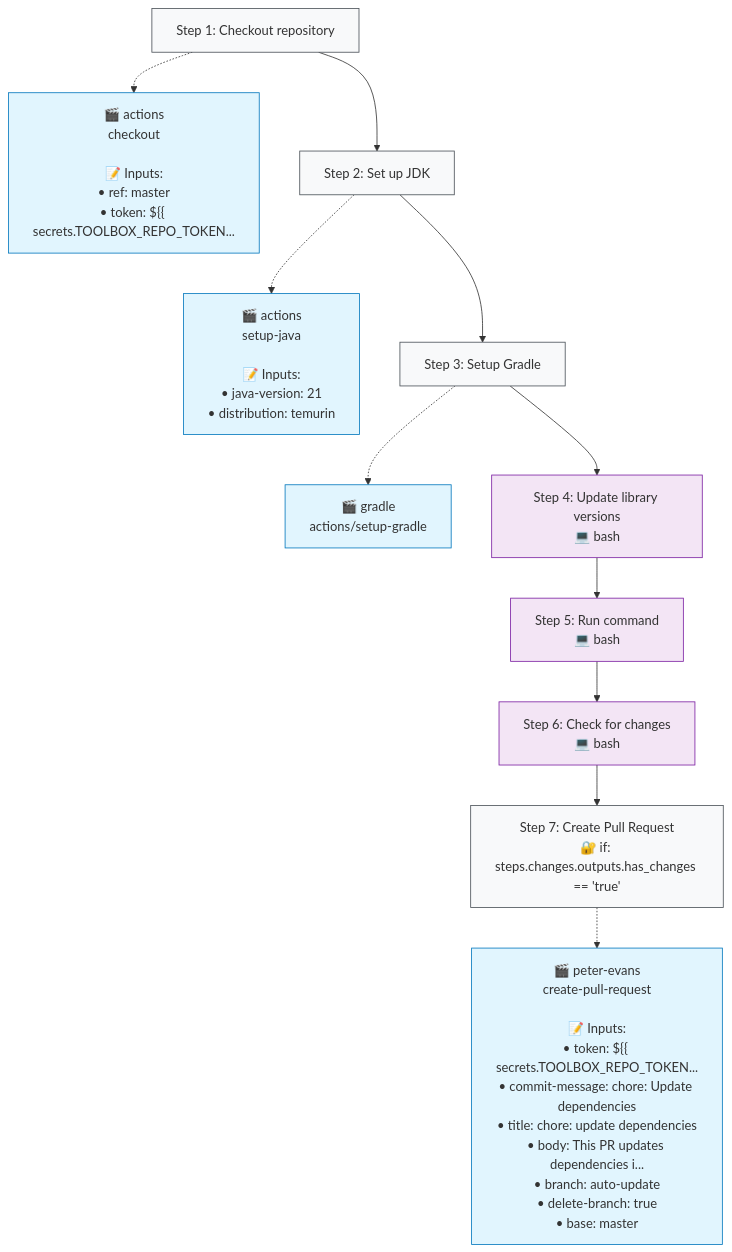
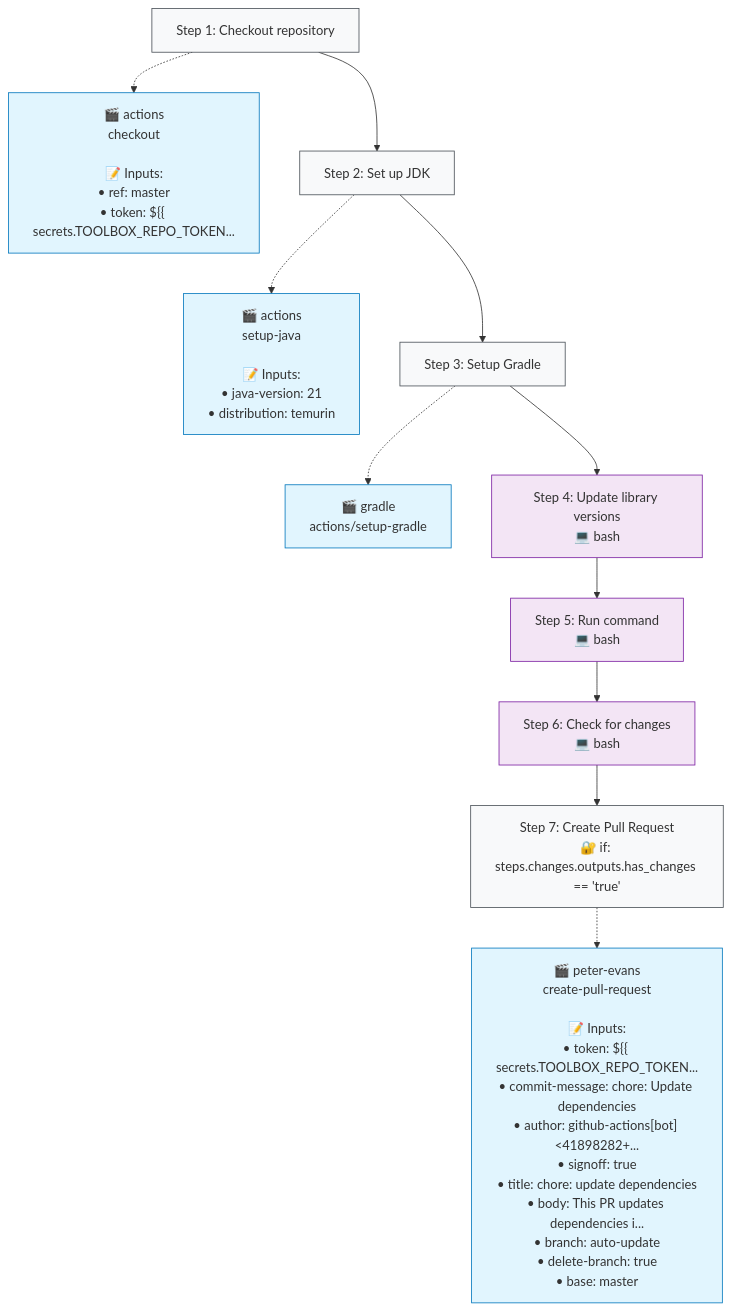
One commit to http4k/www changed the second of 2 diagrams in .github/typeflows/update-dependencies/README.md. Above: the diagram before and after it, drawn with Mermaid. The commit also changed 2 other files, not shown here.

Commit message:
Upgrade typeflows

````diff
--- a/.github/typeflows/update-dependencies/README.md
+++ b/.github/typeflows/update-dependencies/README.md
@@ -24,36 +24,36 @@
 ```mermaid
 %%{init: {"flowchart": {"curve": "basis"}}}%%
 flowchart TD
     step1["Step 1: Checkout repository"]
     style step1 fill:#f8f9fa,stroke:#495057
     action1["🎬 actions<br/>checkout<br/><br/>📝 Inputs:<br/>• ref: master<br/>• token: ${{ secrets.TOOLBOX_REPO_TOKEN..."]
     style action1 fill:#e1f5fe,stroke:#0277bd
     step1 -.-> action1
     step2["Step 2: Set up JDK"]
     style step2 fill:#f8f9fa,stroke:#495057
     action2["🎬 actions<br/>setup-java<br/><br/>📝 Inputs:<br/>• java-version: 21<br/>• distribution: temurin"]
     style action2 fill:#e1f5fe,stroke:#0277bd
     step2 -.-> action2
     step1 --> step2
     step3["Step 3: Setup Gradle"]
     style step3 fill:#f8f9fa,stroke:#495057
     action3["🎬 gradle<br/>actions/setup-gradle"]
     style action3 fill:#e1f5fe,stroke:#0277bd
     step3 -.-> action3
     step2 --> step3
     step4["Step 4: Update library versions<br/>💻 bash"]
     style step4 fill:#f3e5f5,stroke:#7b1fa2
     step3 --> step4
     step5["Step 5: Run command<br/>💻 bash"]
     style step5 fill:#f3e5f5,stroke:#7b1fa2
     step4 --> step5
     step6["Step 6: Check for changes<br/>💻 bash"]
     style step6 fill:#f3e5f5,stroke:#7b1fa2
     step5 --> step6
     step7["Step 7: Create Pull Request<br/>🔐 if: steps.changes.outputs.has_changes == 'true'"]
     style step7 fill:#f8f9fa,stroke:#495057
-    action7["🎬 peter-evans<br/>create-pull-request<br/><br/>📝 Inputs:<br/>• token: ${{ secrets.TOOLBOX_REPO_TOKEN...<br/>• commit-message: chore: Update dependencies<br/>• title: chore: update dependencies<br/>• body: This PR updates dependencies i...<br/>• branch: auto-update<br/>• delete-branch: true<br/>• base: master"]
+    action7["🎬 peter-evans<br/>create-pull-request<br/><br/>📝 Inputs:<br/>• token: ${{ secrets.TOOLBOX_REPO_TOKEN...<br/>• commit-message: chore: Update dependencies<br/>• author: github-actions[bot] <41898282+...<br/>• signoff: true<br/>• title: chore: update dependencies<br/>• body: This PR updates dependencies i...<br/>• branch: auto-update<br/>• delete-branch: true<br/>• base: master"]
     style action7 fill:#e1f5fe,stroke:#0277bd
     step7 -.-> action7
     step6 --> step7
 ```
````
